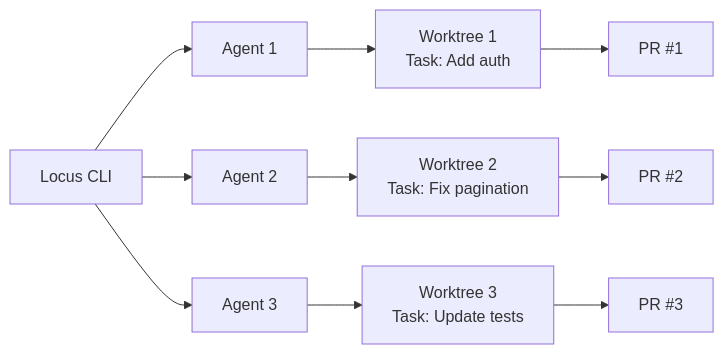
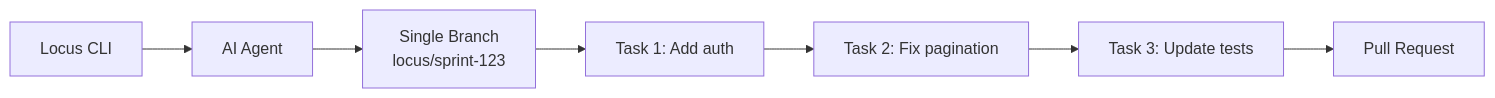
Before and after one commit to asgarovf/locusai: the fourth of 4 diagrams in docs/concepts/architecture.md, drawn with Mermaid. The commit also changed other lines of this file and 71 other files, not shown here.

Commit message:
fix: single worktree execution

````diff
--- a/docs/concepts/architecture.md
+++ b/docs/concepts/architecture.md
@@ -115,14 +115,9 @@
 ```mermaid
 graph LR
-    CLI[Locus CLI] --> A1[Agent 1]
-    CLI --> A2[Agent 2]
-    CLI --> A3[Agent 3]
-
-    A1 --> W1[Worktree 1<br/>Task: Add auth]
-    A2 --> W2[Worktree 2<br/>Task: Fix pagination]
-    A3 --> W3[Worktree 3<br/>Task: Update tests]
-
-    W1 --> PR1[PR #1]
-    W2 --> PR2[PR #2]
-    W3 --> PR3[PR #3]
+    CLI[Locus CLI] --> Agent[AI Agent]
+    Agent --> Branch["Single Branch<br/>locus/sprint-123"]
+    Branch --> Task1["Task 1: Add auth"]
+    Task1 --> Task2["Task 2: Fix pagination"]
+    Task2 --> Task3["Task 3: Update tests"]
+    Task3 --> PR["Pull Request"]
 ```
````
